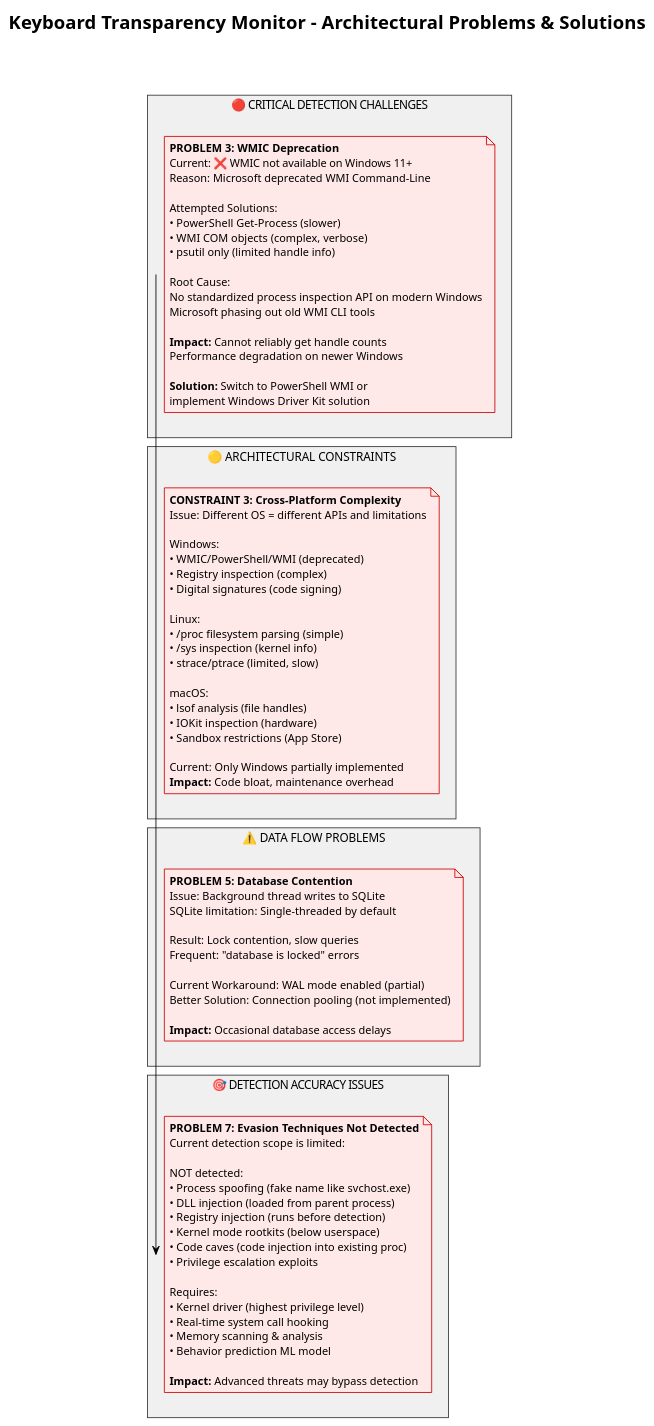
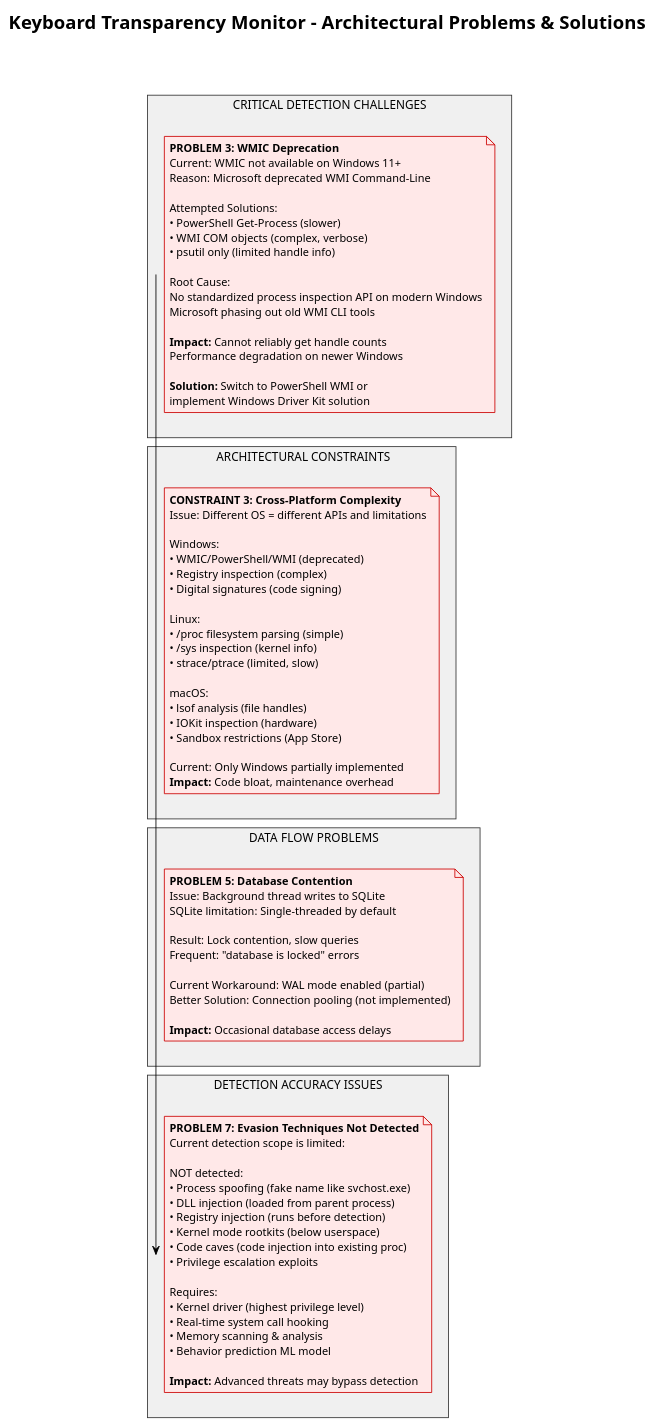
One commit to olesia-mykhailyshyn/keyboard-transparency-monitor changed the diagram in docs/05_PROBLEMS.puml. Above: the diagram before and after it, drawn with PlantUML. The commit also changed 10 other files, not shown here.

Commit message:
Refactor component and package names in UML diagrams for consistency and clarity

```diff
--- a/docs/05_PROBLEMS.puml
+++ b/docs/05_PROBLEMS.puml
@@ -12,10 +12,10 @@
 
 title Keyboard Transparency Monitor - Architectural Problems & Solutions\n\n
 
-rectangle "🔴 CRITICAL DETECTION CHALLENGES" {
+rectangle "CRITICAL DETECTION CHALLENGES" {
     note right
         **PROBLEM 1: Input Device Access Detection**
-        Current: ❌ Cannot directly detect keyboard access
+        Current: Cannot directly detect keyboard access
         Reason: Windows API limitations without kernel driver
         
         Attempted Solutions:
@@ -36,7 +36,7 @@
 
     note right
         **PROBLEM 2: Threading & Qt Signal Issues**
-        Current: ❌ Callbacks from background thread to UI
+        Current: Callbacks from background thread to UI
         Reason: PySide6 requires UI updates from main thread only
         
         Attempted Solutions:
@@ -50,13 +50,13 @@
         
         **Impact:** Missed updates, potential crashes
         
-        **Solution:** ✅ Implemented Qt Signals pattern
+        **Solution:** Implemented Qt Signals pattern
         (thread-safe event dispatch to main loop)
     end note
 
     note right
         **PROBLEM 3: WMIC Deprecation**
-        Current: ❌ WMIC not available on Windows 11+
+        Current: WMIC not available on Windows 11+
         Reason: Microsoft deprecated WMI Command-Line
         
         Attempted Solutions:
@@ -76,7 +76,7 @@
     end note
 }
 
-rectangle "🟡 ARCHITECTURAL CONSTRAINTS" {
+rectangle " ARCHITECTURAL CONSTRAINTS" {
     note right
         **CONSTRAINT 1: Privilege Escalation**
         Issue: Many detections require administrator rights
@@ -87,7 +87,7 @@
         • Registry access (System hive)
         • File system deep inspection
         
-        Current Status: ❌ Not implemented
+        Current Status: Not implemented
         Workaround: Run as Administrator (manual user action)
         
         **Impact:** Limited detection without admin privileges
@@ -134,7 +134,7 @@
     end note
 }
 
-rectangle "⚠️ DATA FLOW PROBLEMS" {
+rectangle "DATA FLOW PROBLEMS" {
     note right
         **PROBLEM 4: Callback Registration Timing**
         Issue: Callbacks registered AFTER monitor starts
@@ -146,7 +146,7 @@
         
         Result: First scan missed by UI, no processes visible
         
-        **Status:** ✅ FIXED - Reversed init order
+        **Status:** FIXED - Reversed init order
         (callbacks now registered BEFORE start())
     end note
 
@@ -165,7 +165,7 @@
     end note
 }
 
-rectangle "🎯 DETECTION ACCURACY ISSUES" {
+rectangle "DETECTION ACCURACY ISSUES" {
     note right
         **PROBLEM 6: High False Positive Rate**
         Current detections too simplistic:
```
